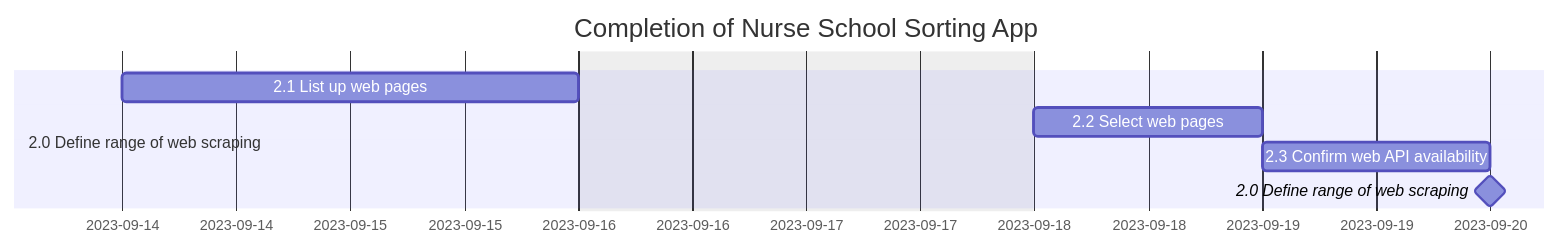
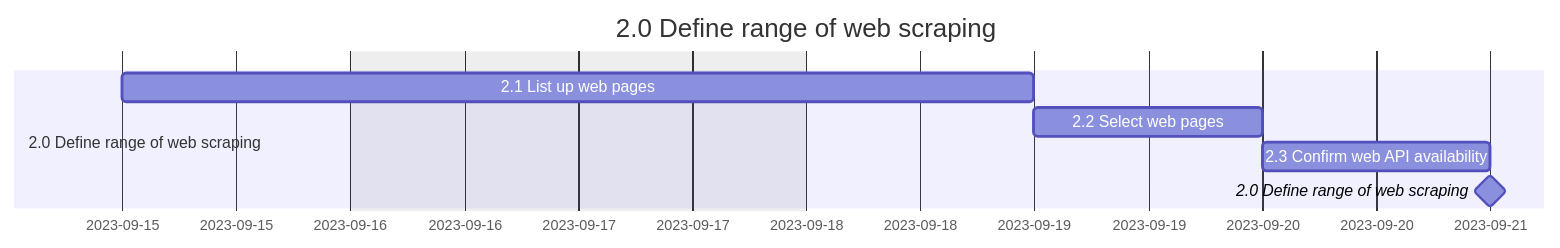
Before and after one commit to riow1983/Coursera-PMP: the fourth of 11 diagrams in README.md, drawn with Mermaid. The commit also changed other lines of this file, not shown here.

````diff
--- a/README.md
+++ b/README.md
@@ -184,12 +184,12 @@
 ```mermaid
 gantt
   dateFormat  YYYY-MM-DD
-  title       Completion of Nurse School Sorting App
+  title       2.0 Define range of web scraping
   excludes    weekends
 
   section 2.0 Define range of web scraping
-  2.1 List up web pages      :2023-09-14, 2d
+  2.1 List up web pages      :2023-09-15, 2d
   2.2 Select web pages      :1d
   2.3 Confirm web API availability     :1d
   2.0 Define range of web scraping: milestone, 0d
 ```
````
